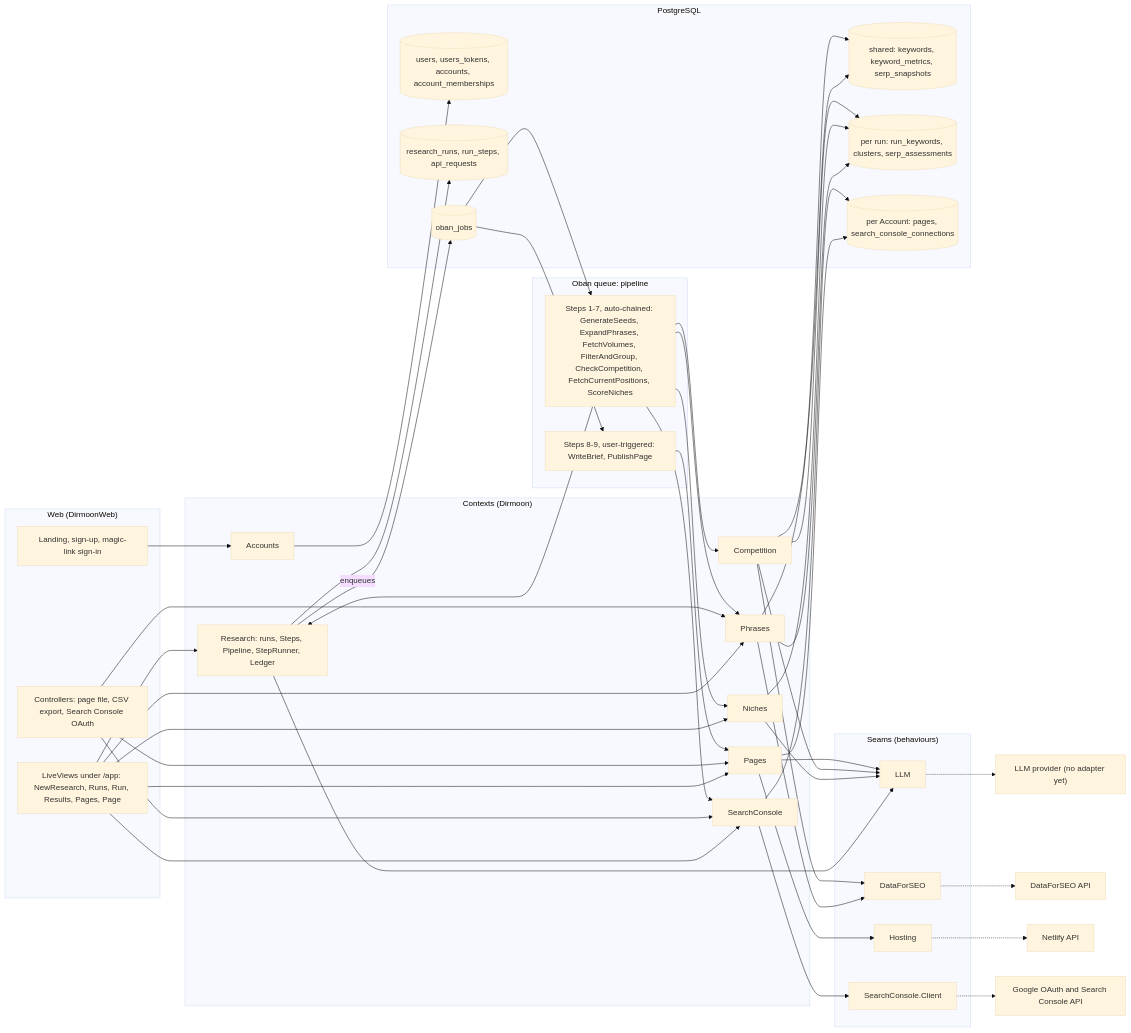
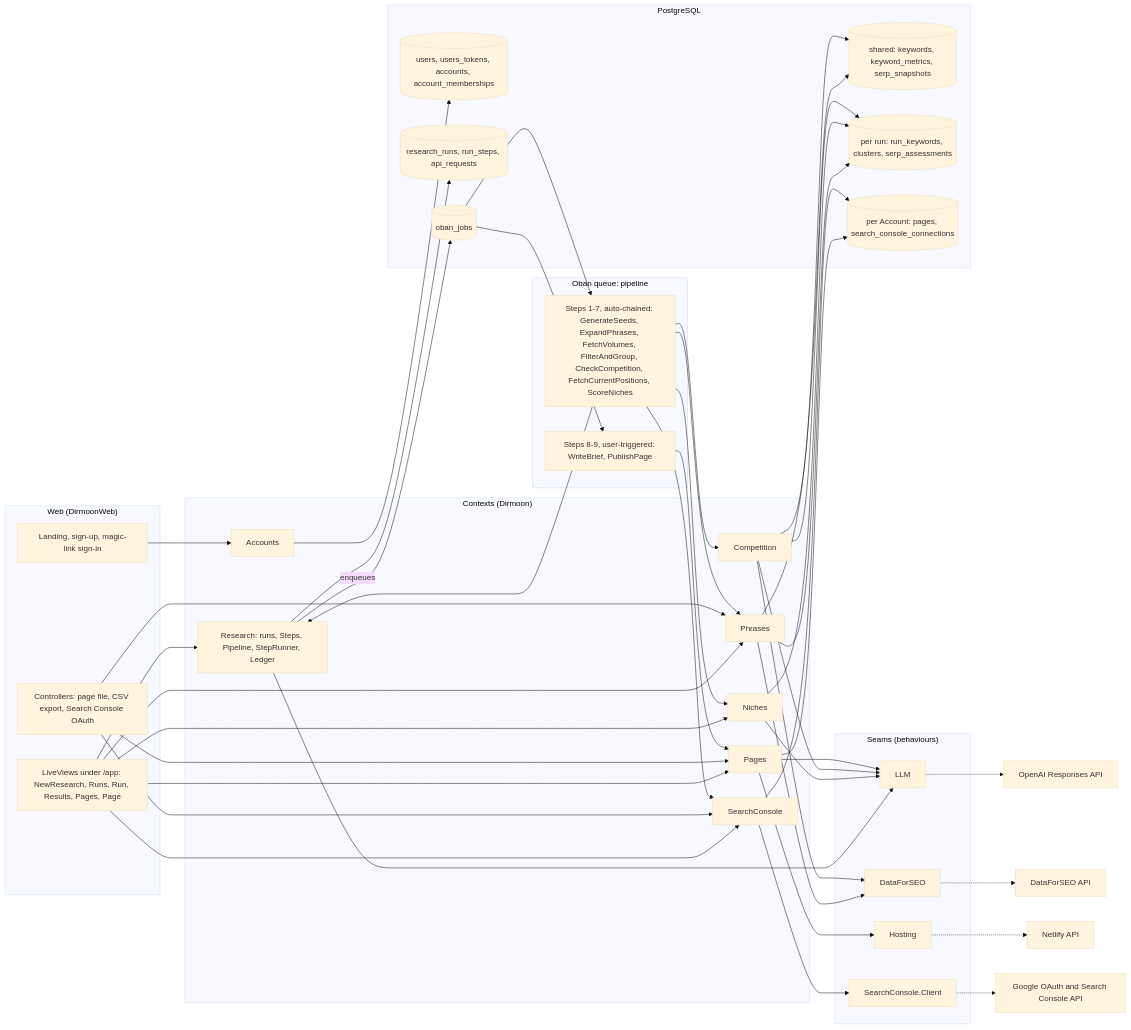
The diagram in ARCHITECTURE.md (elpikel/dirmoon), drawn with Mermaid (base theme) before and after one commit. The commit also changed other lines of this file and 57 other files, not shown here.

```diff
--- a/ARCHITECTURE.md
+++ b/ARCHITECTURE.md
@@ -84,7 +84,7 @@
   Pages --> TAccount
   SearchConsole --> TAccount
 
-  LLM -.-> XLLM["LLM provider (no adapter yet)"]
+  LLM -.-> XLLM["OpenAI Responses API"]
   DFS -.-> XDFS["DataForSEO API"]
   GSC -.-> XGoogle["Google OAuth and Search Console API"]
   Hosting -.-> XNetlify["Netlify API"]
```
